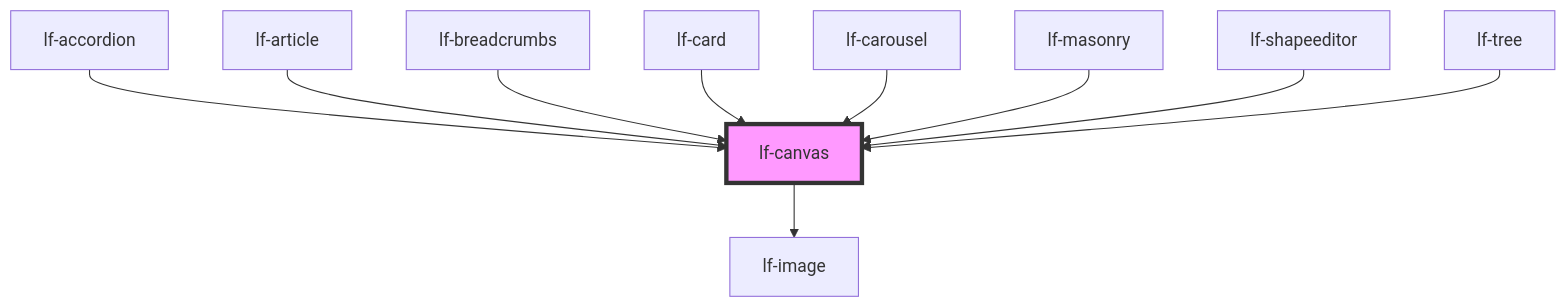
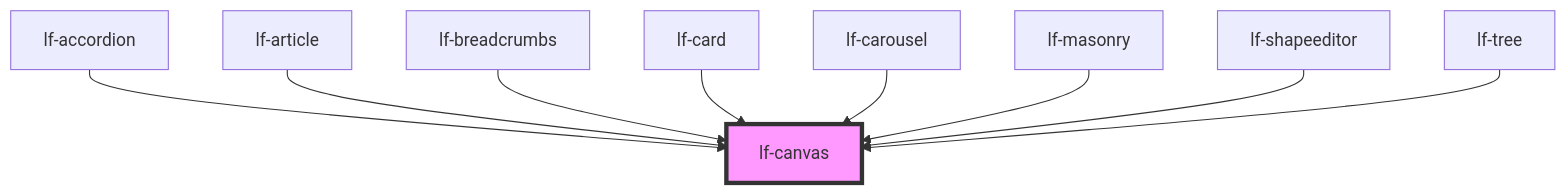
The diagram in packages/core/src/components/lf-canvas/readme.md (lucafoscili/lf-widgets), drawn with Mermaid before and after one commit. The commit also changed other lines of this file and 96 other files, not shown here.

````diff
--- a/packages/core/src/components/lf-canvas/readme.md
+++ b/packages/core/src/components/lf-canvas/readme.md
@@ -293,13 +289,12 @@
 ```mermaid
 graph TD;
-  lf-canvas --> lf-image
   lf-accordion --> lf-canvas
   lf-article --> lf-canvas
   lf-breadcrumbs --> lf-canvas
   lf-card --> lf-canvas
   lf-carousel --> lf-canvas
   lf-masonry --> lf-canvas
   lf-shapeeditor --> lf-canvas
   lf-tree --> lf-canvas
   style lf-canvas fill:#f9f,stroke:#333,stroke-width:4px
 ```
````
